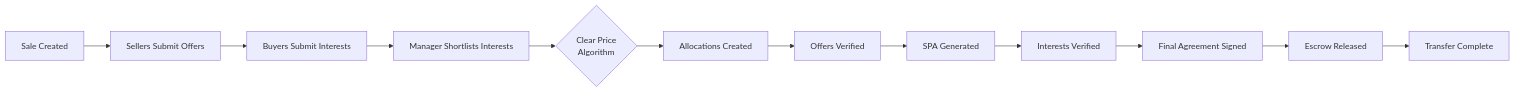
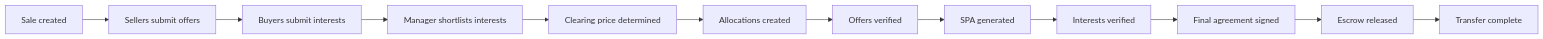
Before and after one commit to sampadadiwan/IRM_CompanyMain: the second of 6 diagrams in docs/user_guides/secondary_sales_user_guide.md, drawn with Mermaid. The commit also changed other lines of this file and 21 other files, not shown here.

````diff
--- a/docs/user_guides/secondary_sales_user_guide.md
+++ b/docs/user_guides/secondary_sales_user_guide.md
@@ -68,14 +65,14 @@
 ```mermaid
 flowchart LR
-    A[Sale Created] --> B[Sellers Submit Offers]
-    B --> C[Buyers Submit Interests]
-    C --> D[Manager Shortlists Interests]
-    D --> E{Clear Price\nAlgorithm}
-    E --> F[Allocations Created]
-    F --> G[Offers Verified]
-    G --> H[SPA Generated]
-    H --> I[Interests Verified]
-    I --> J[Final Agreement Signed]
-    J --> K[Escrow Released]
-    K --> L[Transfer Complete]
+    A[Sale created] --> B[Sellers submit offers]
+    B --> C[Buyers submit interests]
+    C --> D[Manager shortlists interests]
+    D --> E[Clearing price determined]
+    E --> F[Allocations created]
+    F --> G[Offers verified]
+    G --> H[SPA generated]
+    H --> I[Interests verified]
+    I --> J[Final agreement signed]
+    J --> K[Escrow released]
+    K --> L[Transfer complete]
 ```
````
